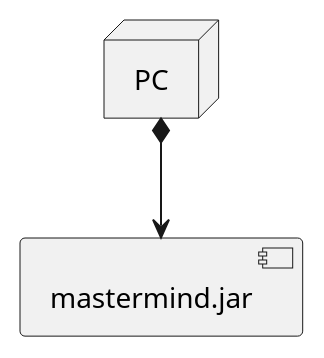
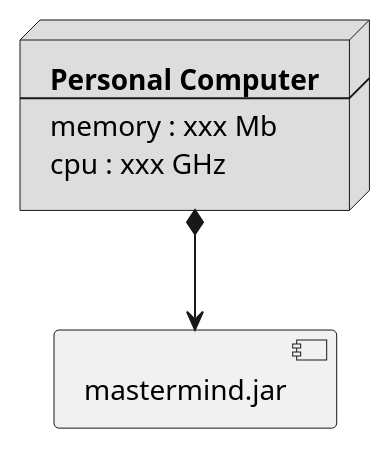
Before and after one commit to amartinm82/mastermind: the diagram in docs/UML/deployment.puml, drawn with PlantUML. The commit also changed 1 other file, not shown here.

```diff
--- a/docs/UML/deployment.puml
+++ b/docs/UML/deployment.puml
@@ -1,5 +1,10 @@
 @startuml
-node PC
+node node #DDDDDD [
+    <b>Personal Computer</b>
+    ----
+    memory : xxx Mb
+    cpu : xxx GHz
+]
 [mastermind.jar]
-PC *-down-> [mastermind.jar]
+node *-down-> [mastermind.jar]
 @enduml
```
